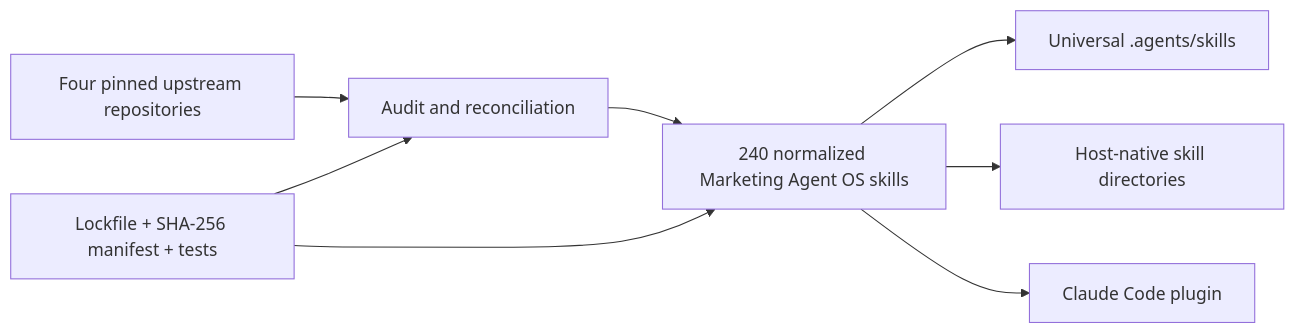
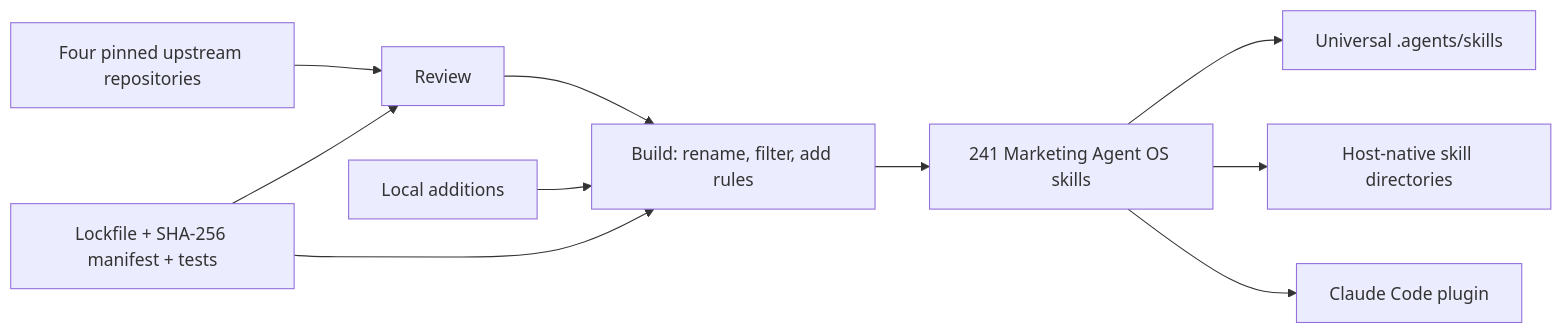
Before and after one commit to iamwaqargulzar/Marketing-Agent-OS: the diagram in README.md, drawn with Mermaid. The commit also changed other lines of this file and 4159 other files, not shown here.

Commit message:
feat: ship the full four-source marketing library in v2.1.0

````diff
--- a/README.md
+++ b/README.md
@@ -138,10 +140,12 @@
 ```mermaid
 flowchart LR
-    A["Four pinned upstream repositories"] --> B["Audit and reconciliation"]
-    B --> C["240 normalized Marketing Agent OS skills"]
-    C --> D["Universal .agents/skills"]
-    C --> E["Host-native skill directories"]
-    C --> F["Claude Code plugin"]
+    A["Four pinned upstream repositories"] --> B["Review"]
+    B --> C["Build: rename, filter, add rules"]
+    H["Local additions"] --> C
+    C --> I["241 Marketing Agent OS skills"]
+    I --> D["Universal .agents/skills"]
+    I --> E["Host-native skill directories"]
+    I --> F["Claude Code plugin"]
     G["Lockfile + SHA-256 manifest + tests"] --> B
     G --> C
 ```
````
